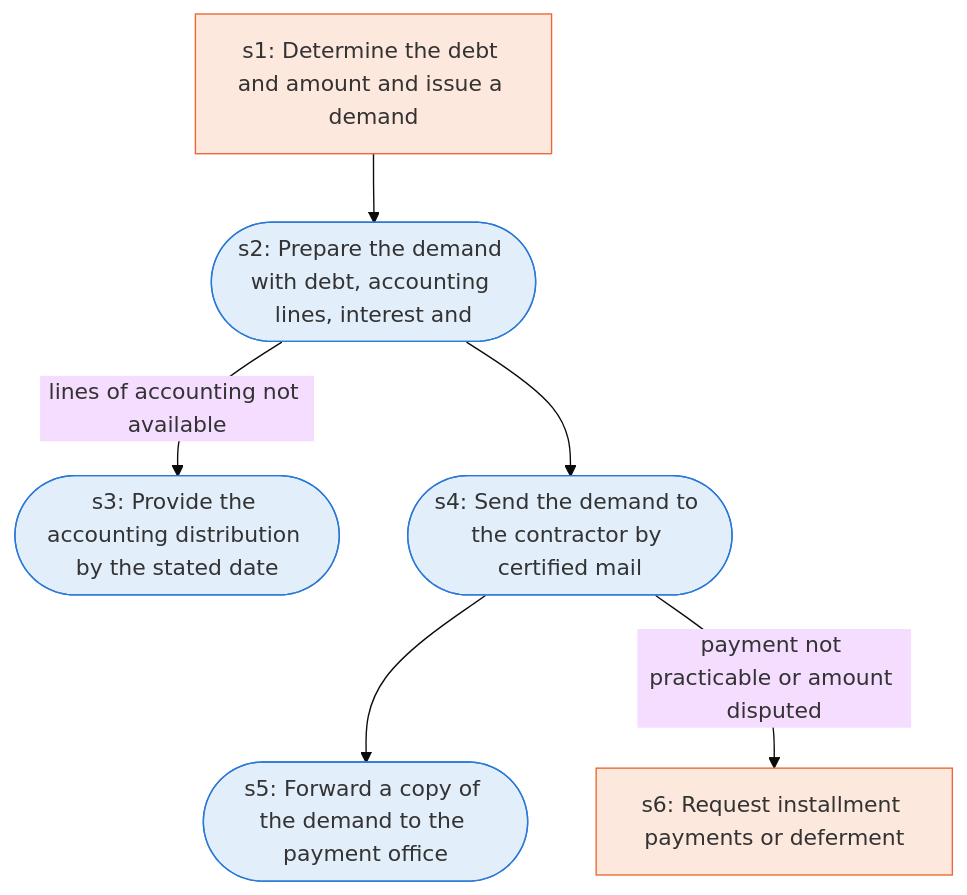
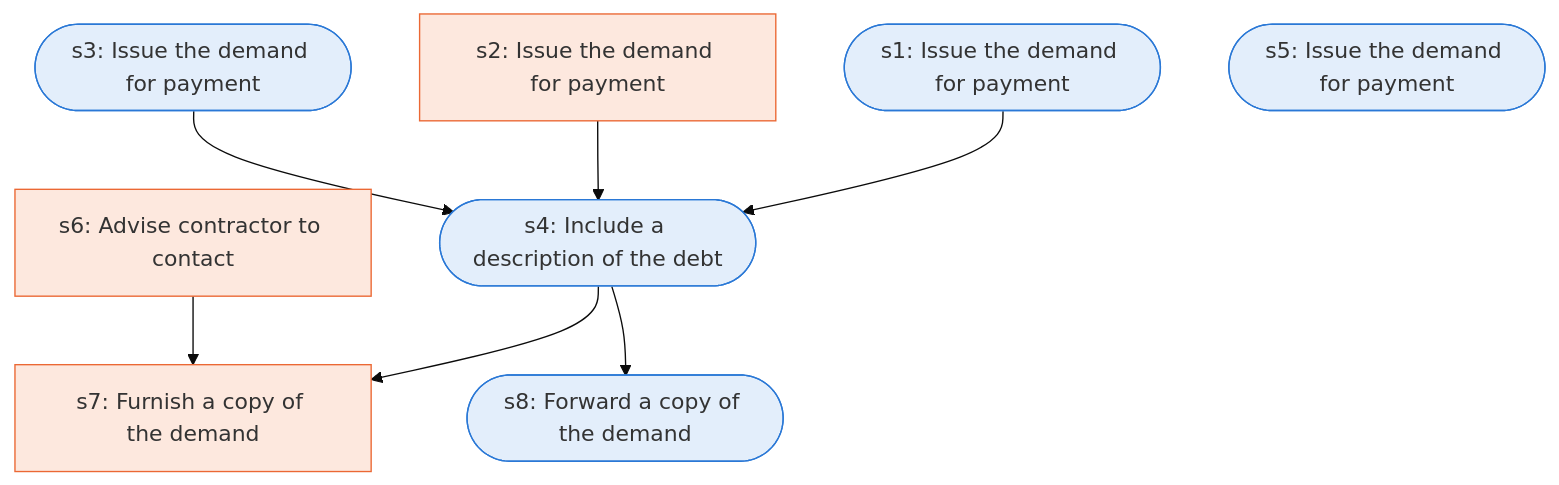
Before and after one commit to Jitesh-Mishra/sop-to-agent-workflows: the diagram in docs/runbooks/p2p_demand_for_payment.md, drawn with Mermaid (base theme). The commit also changed other lines of this file and 172 other files, not shown here.

````diff
--- a/docs/runbooks/p2p_demand_for_payment.md
+++ b/docs/runbooks/p2p_demand_for_payment.md
@@ -7,18 +7,21 @@
 ```mermaid
 flowchart TD
-  s1["s1: Determine the debt and amount and issue a demand"]
-  s2(["s2: Prepare the demand with debt, accounting lines, interest and"])
-  s3(["s3: Provide the accounting distribution by the stated date"])
-  s4(["s4: Send the demand to the contractor by certified mail"])
-  s5(["s5: Forward a copy of the demand to the payment office"])
-  s6["s6: Request installment payments or deferment"]
-  s1 --> s2
-  s2 -->|lines of accounting not available| s3
+  s1(["s1: Issue the demand for payment"])
+  s2["s2: Issue the demand for payment"]
+  s3(["s3: Issue the demand for payment"])
+  s4(["s4: Include a description of the debt"])
+  s5(["s5: Issue the demand for payment"])
+  s6["s6: Advise contractor to contact"]
+  s7["s7: Furnish a copy of the demand"]
+  s8(["s8: Forward a copy of the demand"])
+  s1 --> s4
   s2 --> s4
-  s4 --> s5
-  s4 -->|payment not practicable or amount disputed| s6
+  s3 --> s4
+  s4 --> s7
+  s4 --> s8
+  s6 --> s7
   classDef agent fill:#e3eefb,stroke:#2a78d6
   classDef human fill:#fde8de,stroke:#eb6834
-  class s2,s3,s4,s5 agent
-  class s1,s6 human
+  class s1,s3,s4,s5,s8 agent
+  class s2,s6,s7 human
 ```
````
